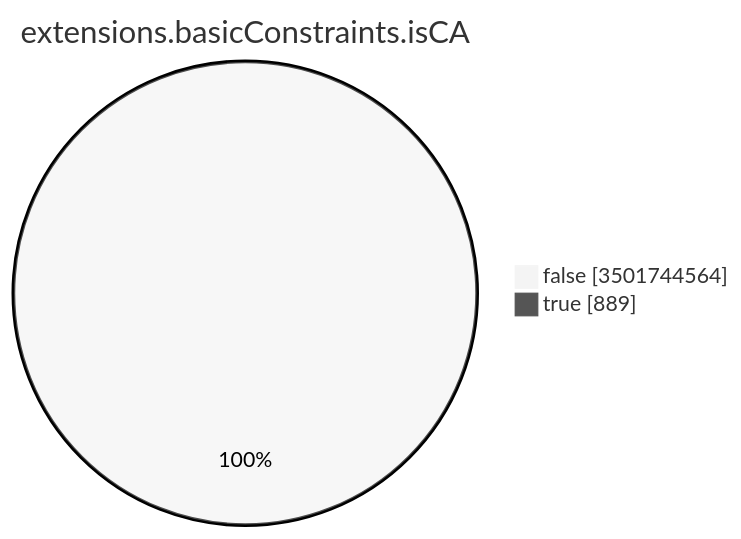
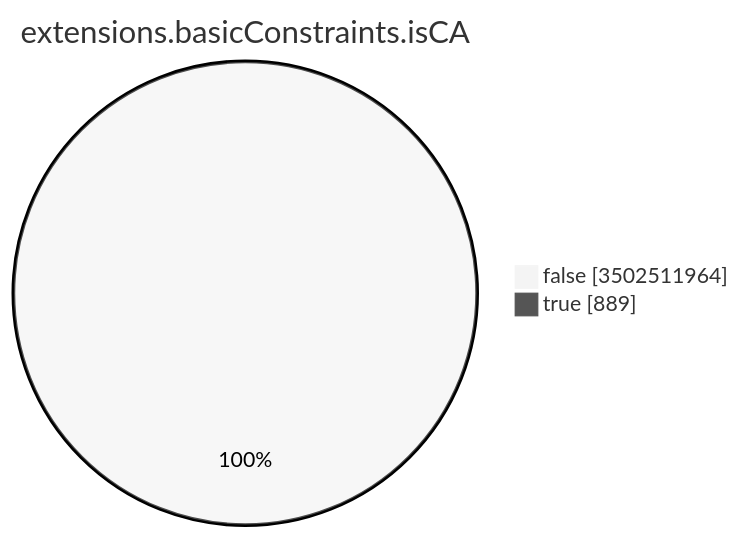
The seventh of 15 diagrams in TOTAL/README.md (christiankrug/ctmonitor_visualization), drawn with Mermaid (neutral theme) before and after one commit. The commit also changed other lines of this file, not shown here.

````diff
--- a/TOTAL/README.md
+++ b/TOTAL/README.md
@@ -3094,6 +3094,6 @@
 ```mermaid
 pie showData
 title extensions.basicConstraints.isCA
-"false" :3501744564
+"false" :3502511964
 "true" :889
 ```
````
